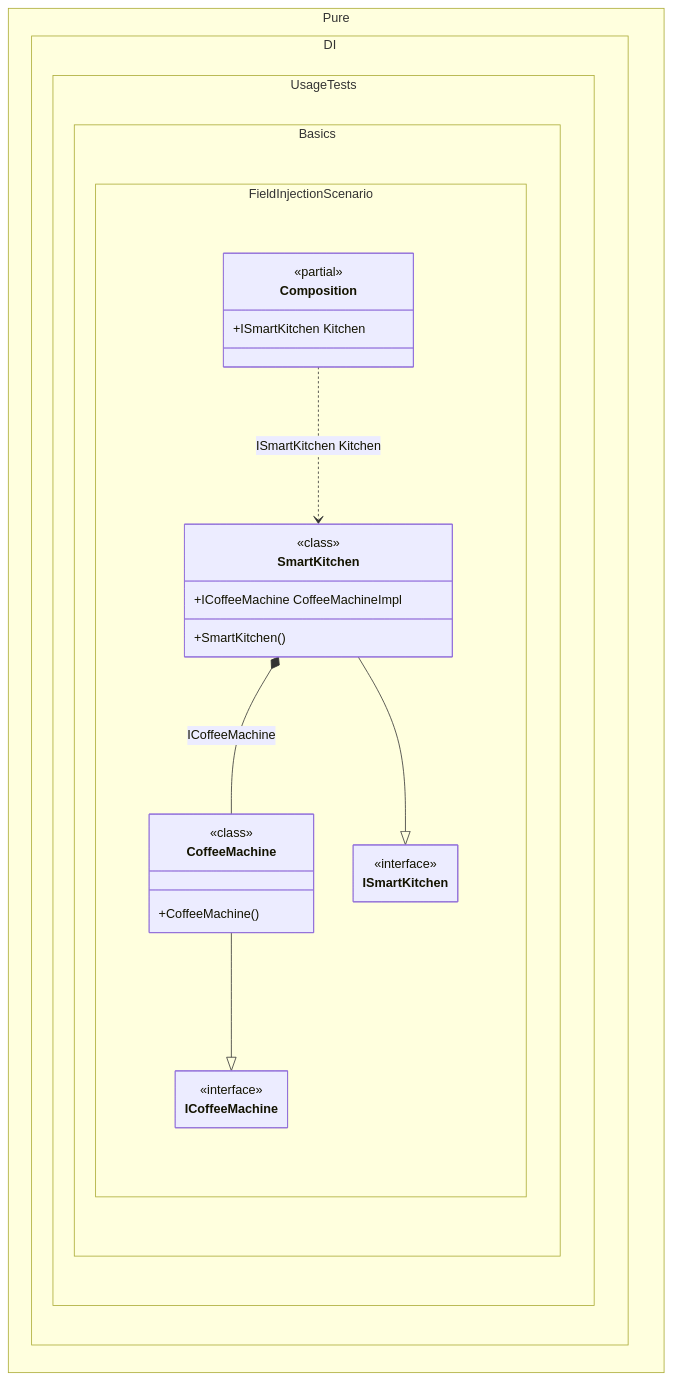
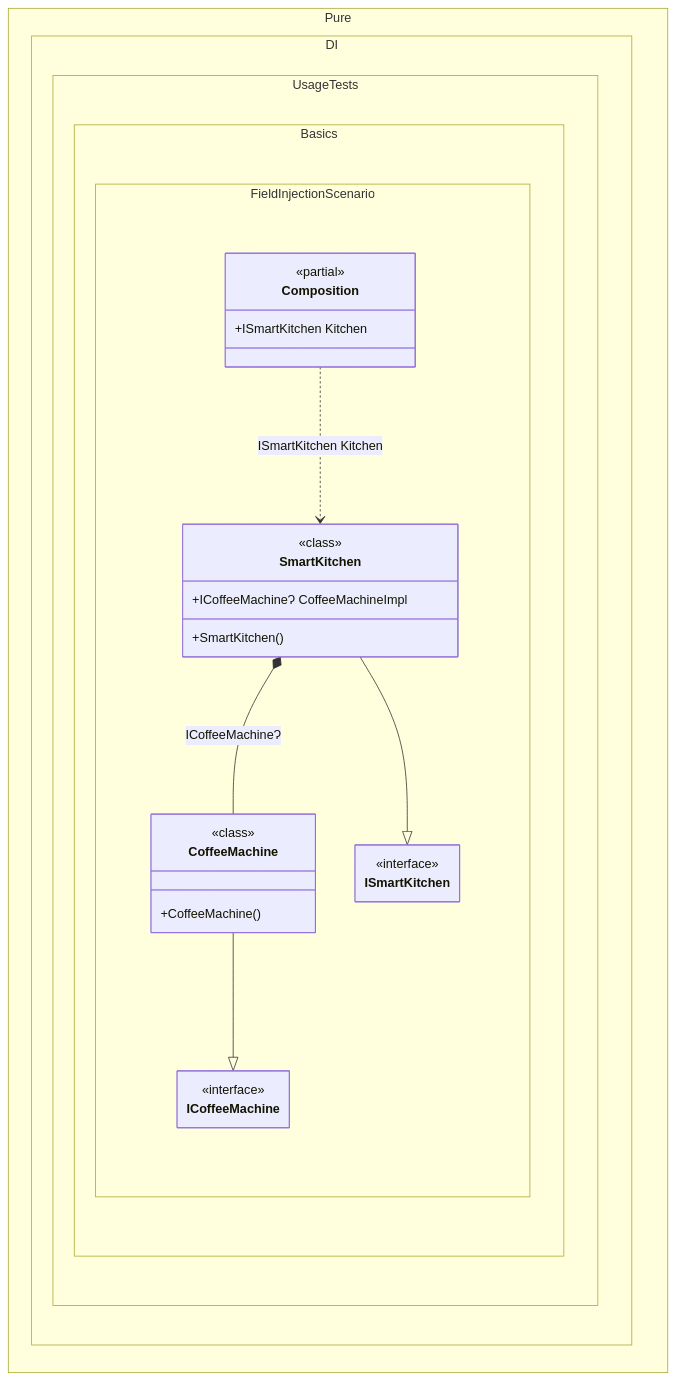
One commit to MaiKuraki/Pure.DI changed the diagram in readme/field-injection.md. Above: the diagram before and after it, drawn with Mermaid. The commit also changed other lines of this file and 67 other files, not shown here.

````diff
--- a/readme/field-injection.md
+++ b/readme/field-injection.md
@@ -95,35 +95,35 @@
 ```mermaid
 ---
  config:
   maxTextSize: 2147483647
   maxEdges: 2147483647
   class:
    hideEmptyMembersBox: true
 ---
 classDiagram
 	CoffeeMachine --|> ICoffeeMachine
 	SmartKitchen --|> ISmartKitchen
 	Composition ..> SmartKitchen : ISmartKitchen Kitchen
-	SmartKitchen *--  CoffeeMachine : ICoffeeMachine
+	SmartKitchen *--  CoffeeMachine : ICoffeeMachineɁ
 	namespace Pure.DI.UsageTests.Basics.FieldInjectionScenario {
 		class CoffeeMachine {
 				<<class>>
 			+CoffeeMachine()
 		}
 		class Composition {
 		<<partial>>
 		+ISmartKitchen Kitchen
 		}
 		class ICoffeeMachine {
 			<<interface>>
 		}
 		class ISmartKitchen {
 			<<interface>>
 		}
 		class SmartKitchen {
 				<<class>>
 			+SmartKitchen()
-			+ICoffeeMachine CoffeeMachineImpl
+			+ICoffeeMachineɁ CoffeeMachineImpl
 		}
 	}
 ```
````
